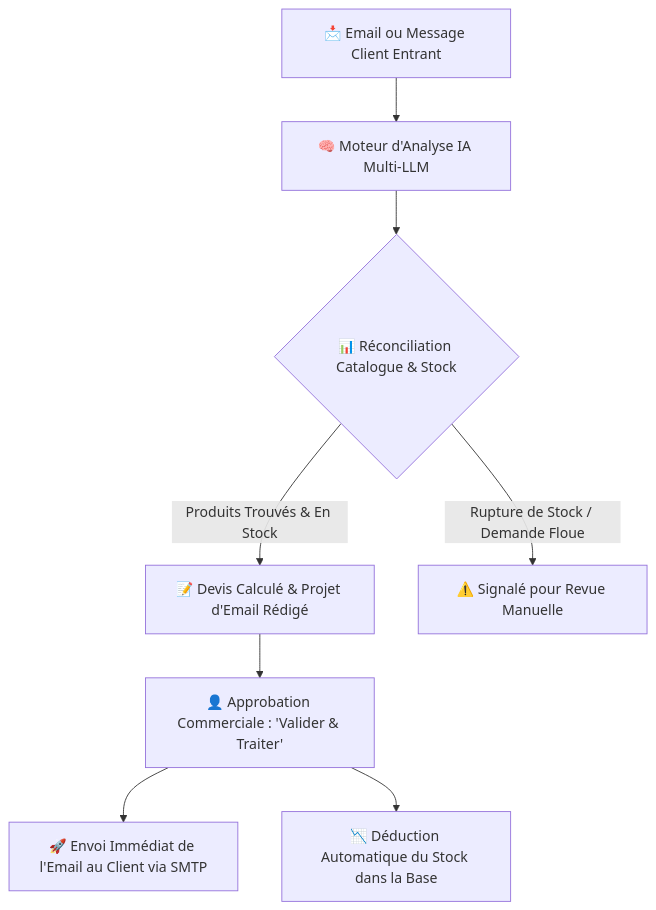
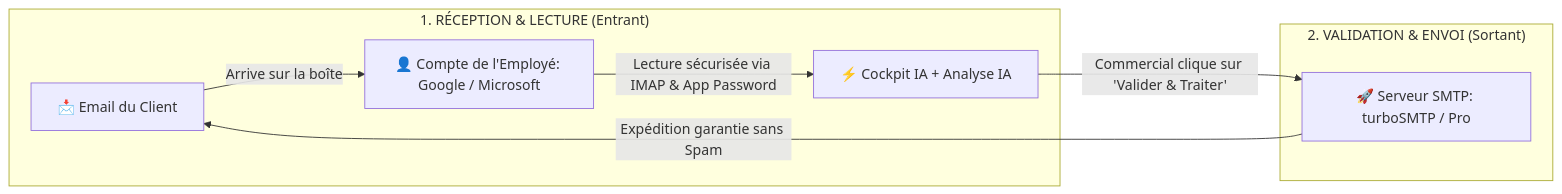
One commit to ellsimohammed8-prog/Cockpit-IA changed the diagram in README.md. Above: the diagram before and after it, drawn with Mermaid. The commit also changed other lines of this file and 1 other file, not shown here.

Commit message:
feat: auto-spawn local server on desktop startup and comprehensive email documentation

````diff
--- a/README.md
+++ b/README.md
@@ -53,10 +36,12 @@
 ```mermaid
-flowchart TD
-    A[📩 Email ou Message Client Entrant] --> B[🧠 Moteur d'Analyse IA Multi-LLM]
-    B --> C{📊 Réconciliation Catalogue & Stock}
-    C -->|Produits Trouvés & En Stock| D[📝 Devis Calculé & Projet d'Email Rédigé]
-    C -->|Rupture de Stock / Demande Floue| E[⚠️ Signalé pour Revue Manuelle]
-    D --> F[👤 Approbation Commerciale : 'Valider & Traiter']
-    F --> G[🚀 Envoi Immédiat de l'Email au Client via SMTP]
-    F --> H[📉 Déduction Automatique du Stock dans la Base]
+flowchart LR
+    subgraph Reception ["1. RÉCEPTION & LECTURE (Entrant)"]
+        A[📩 Email du Client] -->|Arrive sur la boîte| B[👤 Compte de l'Employé: Google / Microsoft]
+        B -->|Lecture sécurisée via IMAP & App Password| C[⚡ Cockpit IA + Analyse IA]
+    end
+
+    subgraph Emission ["2. VALIDATION & ENVOI (Sortant)"]
+        C -->|Commercial clique sur 'Valider & Traiter'| D[🚀 Serveur SMTP: turboSMTP / Pro]
+        D -->|Expédition garantie sans Spam| A
+    end
 ```
````
